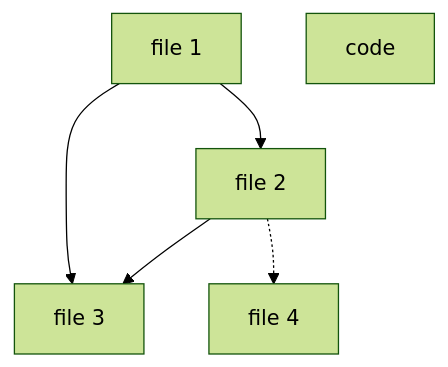
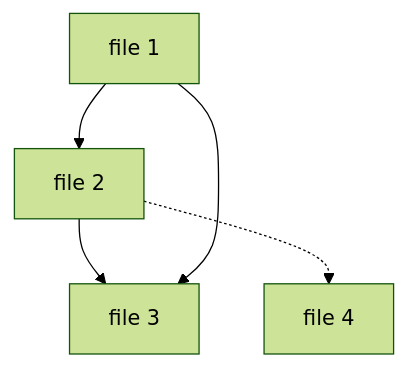
The diagram in EXAMPLE/Result.md (Smad3/Automatic-Mermaid-Tree-Generator), drawn with Mermaid (forest theme) before and after one commit. The commit also changed other lines of this file, not shown here.

````diff
--- a/EXAMPLE/Result.md
+++ b/EXAMPLE/Result.md
@@ -3,14 +3,13 @@
 ```mermaid
 graph TD
 file4[file 4]
-file1[file 1]
-code[code]
 file3[file 3]
 file2[file 2]
+file1[file 1]
 
-class file4,file1,code,file3,file2, internal-link
-file1 --> file3
+class file4,file3,file2,file1, internal-link
 file1 --> file2
 file2 --> file3
 file2 -.-> file4
+file1 --> file3
 ```
````
